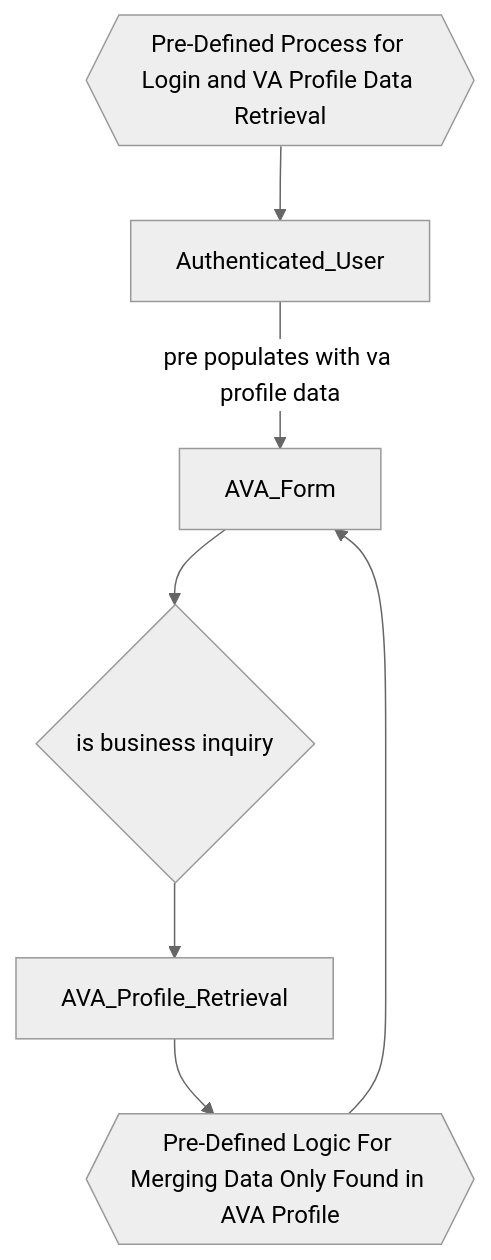
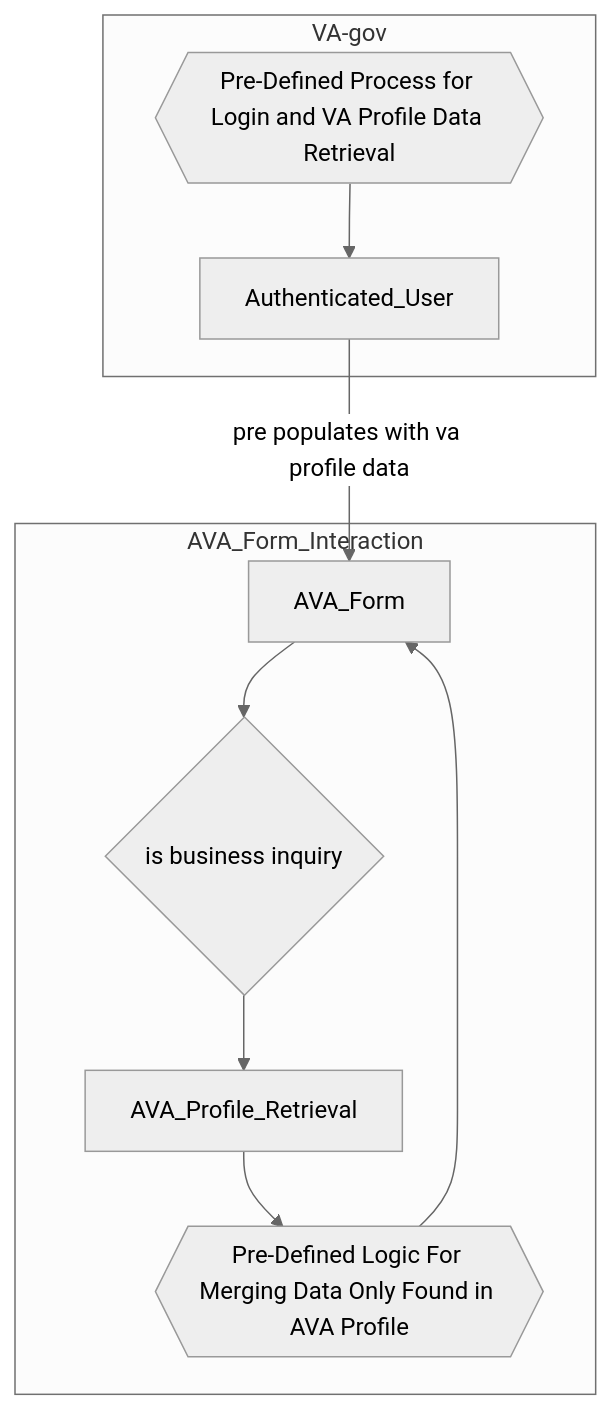
Before and after one commit to department-of-veterans-affairs/va.gov-team: the first of 4 diagrams in products/ask-va/integration/va_profile/Profile_Processes.md, drawn with Mermaid (neutral theme).

````diff
--- a/products/ask-va/integration/va_profile/Profile_Processes.md
+++ b/products/ask-va/integration/va_profile/Profile_Processes.md
@@ -22,8 +22,12 @@
 ```mermaid
 flowchart TB
-    Predefined-Login-Process{{Pre-Defined Process for Login and VA Profile Data Retrieval}}-->Authenticated_User
-    Authenticated_User-->|pre populates with va profile data|AVA_Form
+    subgraph AVA_Form_Interaction
     AVA_Form-->business_entity_logic{is business inquiry}
     business_entity_logic{is business inquiry}-->AVA_Profile_Retrieval
     AVA_Profile_Retrieval-->Predefined-AVA-Process{{Pre-Defined Logic For Merging Data Only Found in AVA Profile}}-->AVA_Form
+    end
+    subgraph VA-gov
+    Predefined-Login-Process{{Pre-Defined Process for Login and VA Profile Data Retrieval}}-->Authenticated_User
+    Authenticated_User-->|pre populates with va profile data|AVA_Form
+    end
 ```
````
